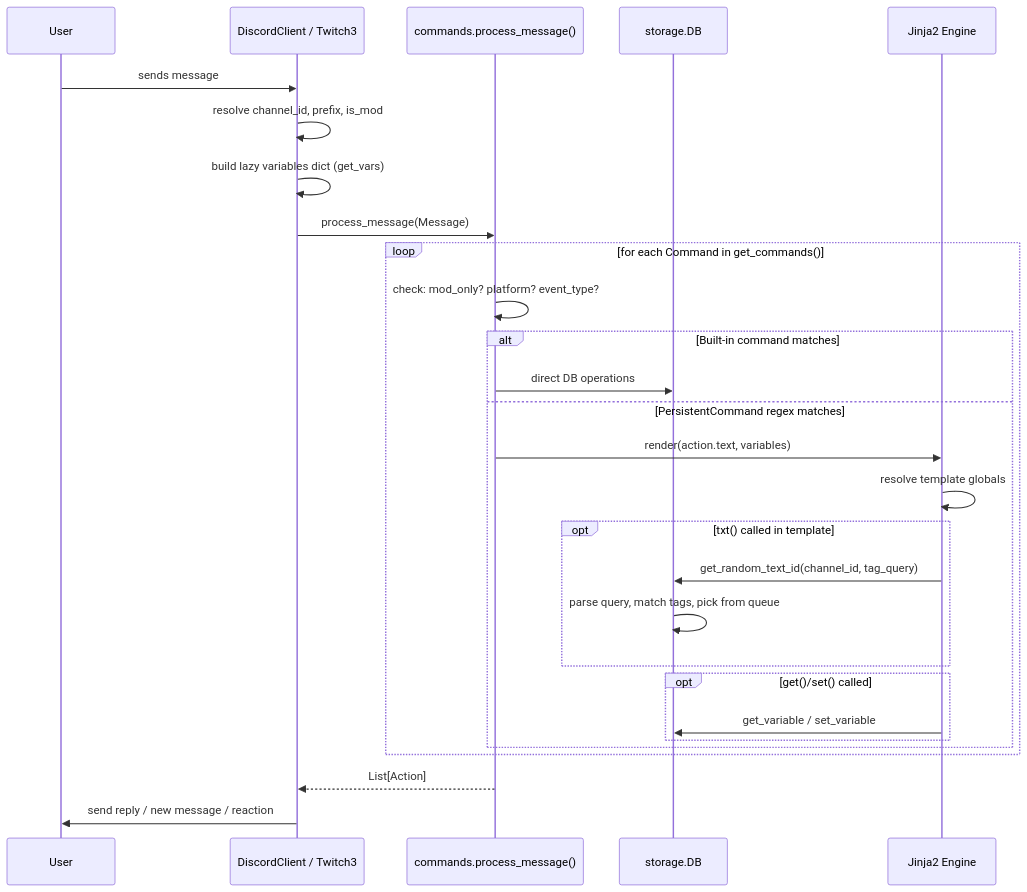
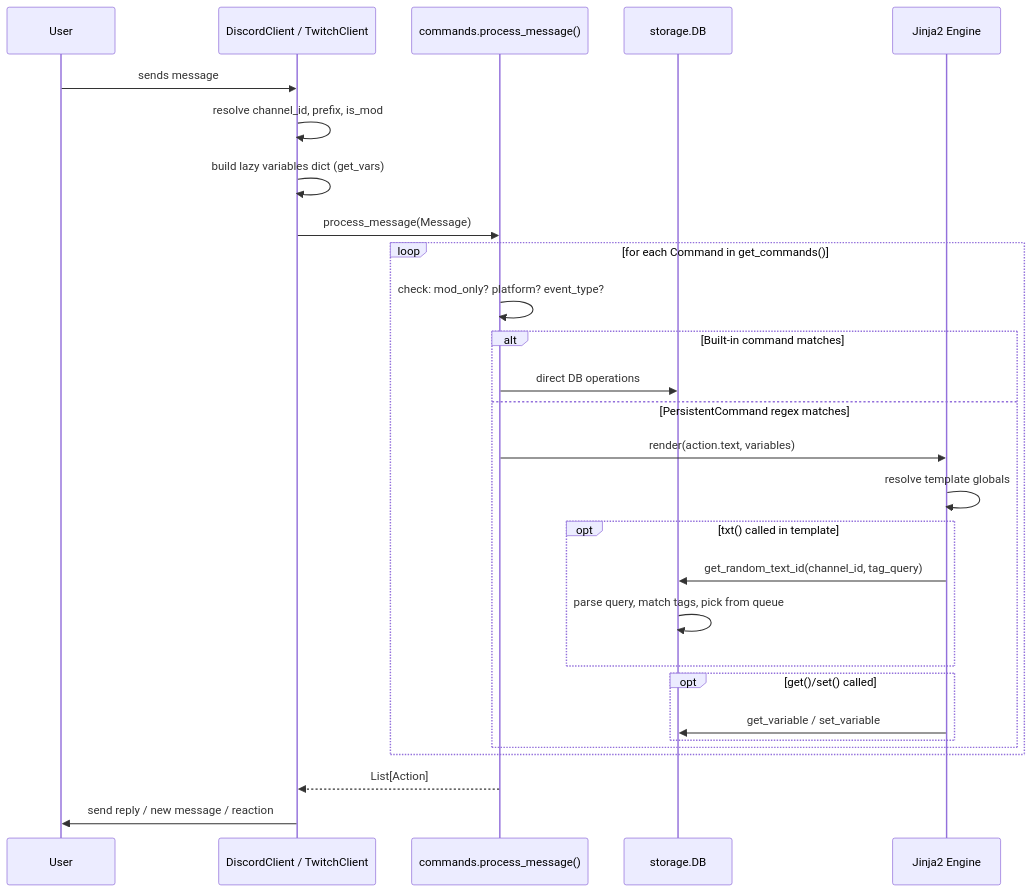
Before and after one commit to metaflow/moon-rabbit: the second of 3 diagrams in docs/architecture.md, drawn with Mermaid. The commit also changed other lines of this file and 22 other files, not shown here.

````diff
--- a/docs/architecture.md
+++ b/docs/architecture.md
@@ -67,33 +67,33 @@
 ```mermaid
 sequenceDiagram
     participant User
-    participant Client as DiscordClient / Twitch3
+    participant Client as DiscordClient / TwitchClient
     participant Cmd as commands.process_message()
     participant DB as storage.DB
     participant J2 as Jinja2 Engine
 
     User->>Client: sends message
     Client->>Client: resolve channel_id, prefix, is_mod
     Client->>Client: build lazy variables dict (get_vars)
     Client->>Cmd: process_message(Message)
 
     loop for each Command in get_commands()
         Cmd->>Cmd: check: mod_only? platform? event_type?
         alt Built-in command matches
             Cmd->>DB: direct DB operations
         else PersistentCommand regex matches
             Cmd->>J2: render(action.text, variables)
             J2->>J2: resolve template globals
             opt txt() called in template
                 J2->>DB: get_random_text_id(channel_id, tag_query)
                 DB->>DB: parse query, match tags, pick from queue
             end
             opt get()/set() called
                 J2->>DB: get_variable / set_variable
             end
         end
     end
 
     Cmd-->>Client: List[Action]
     Client->>User: send reply / new message / reaction
 ```
````
